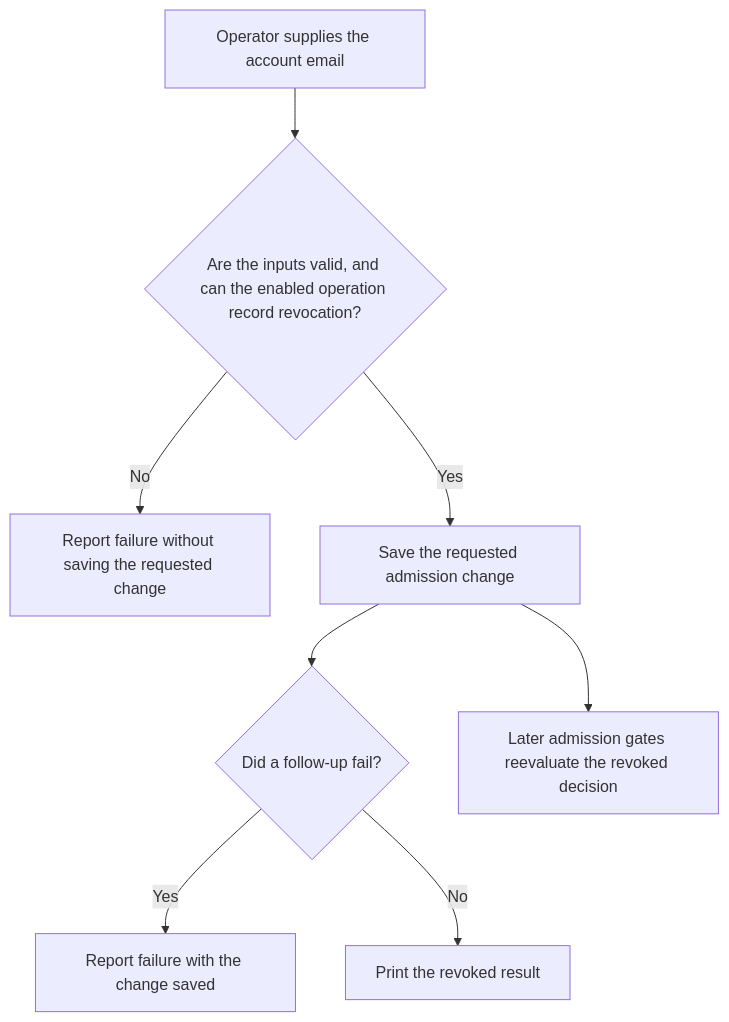
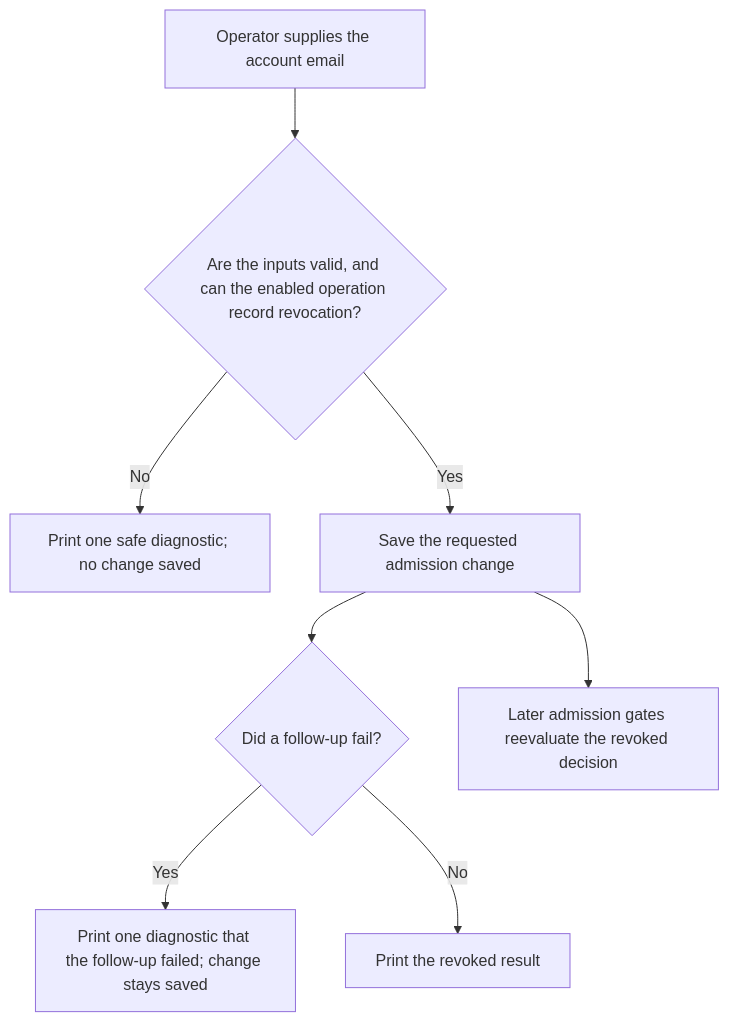
Before and after one commit to Kevinjohn/oss-adonisjs-account-kit: the first of 2 diagrams in user-stories/US-ACCOUNT-50-revoke-admission-as-operator.md, drawn with Mermaid. The commit also changed other lines of this file and 21 other files, not shown here.

````diff
--- a/user-stories/US-ACCOUNT-50-revoke-admission-as-operator.md
+++ b/user-stories/US-ACCOUNT-50-revoke-admission-as-operator.md
@@ -19,10 +20,10 @@
 ```mermaid
 flowchart TD
  A["Operator supplies the account email"] --> B{"Are the inputs valid, and can the enabled operation record revocation?"}
- B -->|No| C["Report failure without saving the requested change"]
+ B -->|No| C["Print one safe diagnostic; no change saved"]
  B -->|Yes| D["Save the requested admission change"]
  D --> E{"Did a follow-up fail?"}
- E -->|Yes| F["Report failure with the change saved"]
+ E -->|Yes| F["Print one diagnostic that the follow-up failed; change stays saved"]
  E -->|No| G["Print the revoked result"]
  D --> J["Later admission gates reevaluate the revoked decision"]
 ```
````
